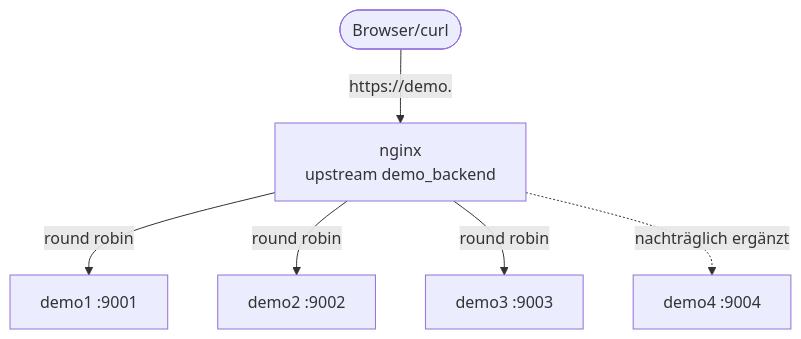
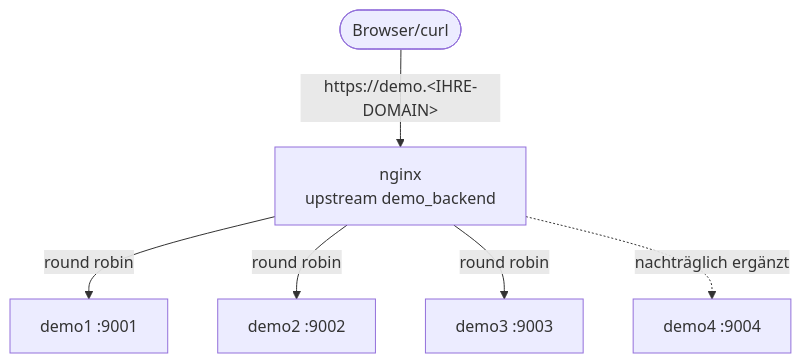
Before and after one commit to Lotter69/2026_02_linux: the third of 3 diagrams in Lab_06.md, drawn with Mermaid. The commit also changed 2 other files, not shown here.

Commit message:
Mermaid-Diagramme repariert wegen <>

````diff
--- a/Lab_06.md
+++ b/Lab_06.md
@@ -748,8 +748,8 @@
 ```mermaid
 flowchart TD
-    Client(["Browser/curl"]) -->|"https://demo.<IHRE-DOMAIN>"| nginx["nginx<br/>upstream demo_backend"]
+    Client(["Browser/curl"]) -->|"https://demo.&lt;IHRE-DOMAIN&gt;"| nginx["nginx<br/>upstream demo_backend"]
     nginx -->|round robin| demo1["demo1 :9001"]
     nginx -->|round robin| demo2["demo2 :9002"]
     nginx -->|round robin| demo3["demo3 :9003"]
     nginx -. nachträglich ergänzt .-> demo4["demo4 :9004"]
 ```
````
